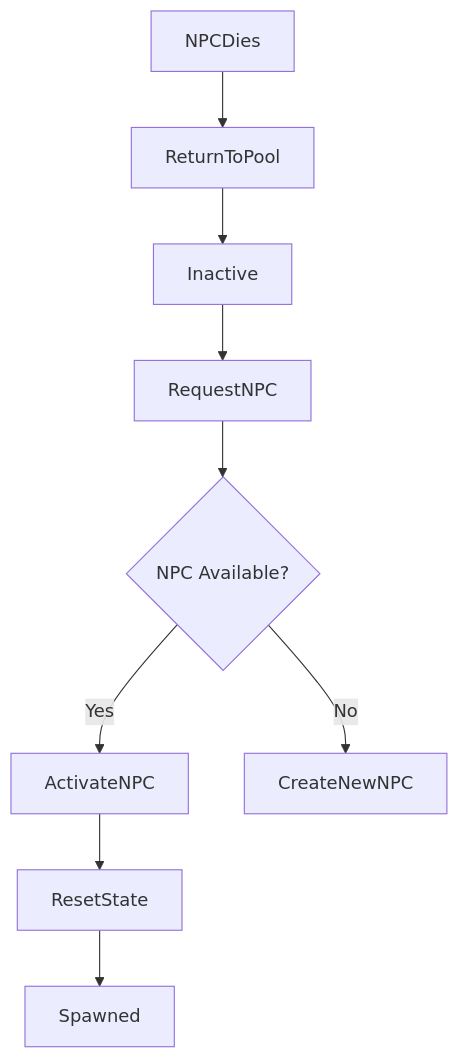
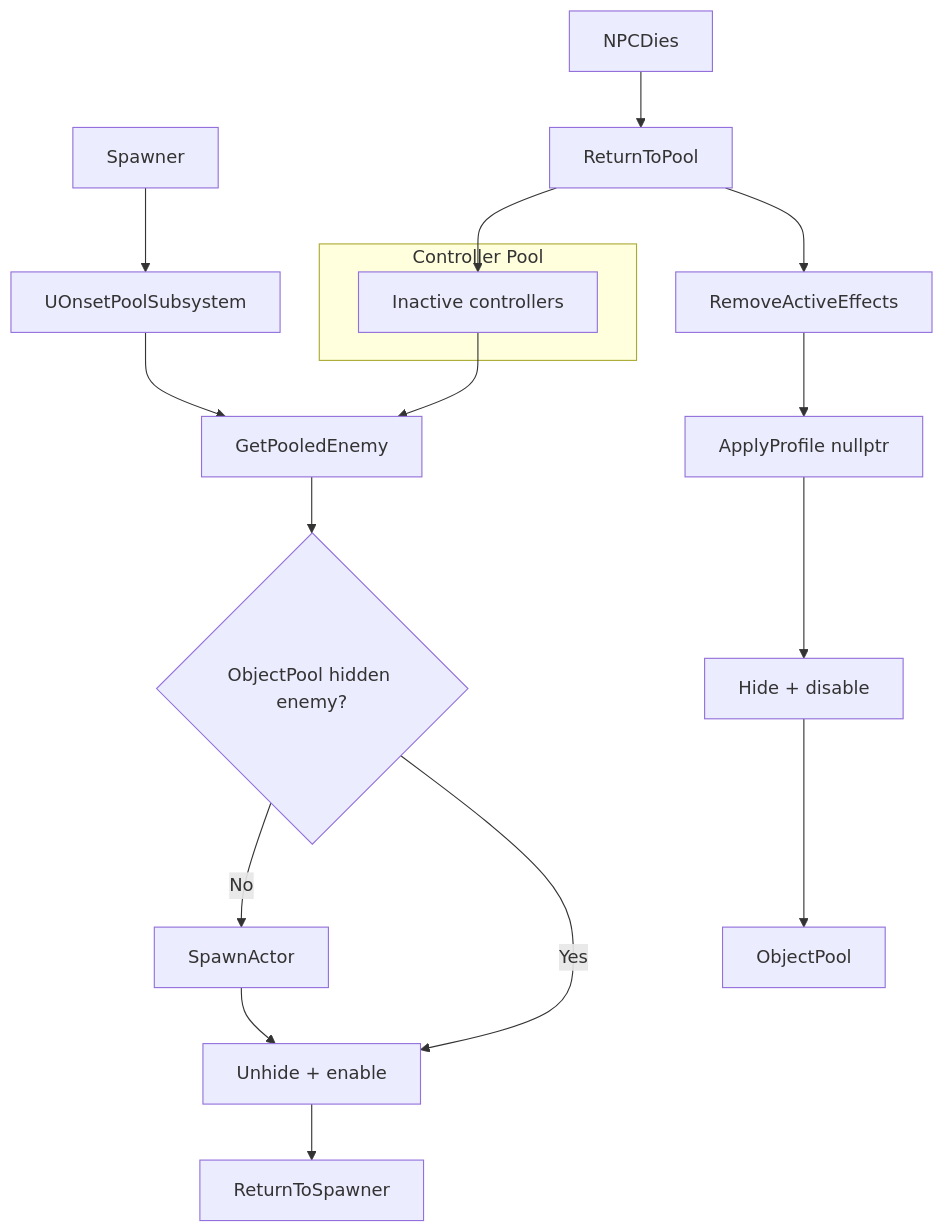
One commit to maximoh-mmo/PortfolioTutorial changed the diagram in Docs/AI/Pooling_System.md. Above: the diagram before and after it, drawn with Mermaid. The commit also changed other lines of this file and 7 other files, not shown here.

````diff
--- a/Docs/AI/Pooling_System.md
+++ b/Docs/AI/Pooling_System.md
@@ -30,13 +39,23 @@
 ```mermaid
 flowchart TD
-    RequestNPC --> PoolCheck{NPC Available?}
-    PoolCheck -->|Yes| ActivateNPC
-    PoolCheck -->|No| CreateNewNPC
+    Spawner[Spawner] --> Subsystem[UOnsetPoolSubsystem]
+    Subsystem --> GetEnemy[GetPooledEnemy]
+    GetEnemy --> PoolCheck{ObjectPool hidden enemy?}
+    PoolCheck -->|Yes| Activate[Unhide + enable]
+    PoolCheck -->|No| SpawnNew[SpawnActor]
+    SpawnNew --> Activate
+    Activate --> ReturnToSpawner
 
-    ActivateNPC --> ResetState
-    ResetState --> Spawned
+    NPCDies --> ReturnPool[ReturnToPool]
+    ReturnPool --> GE[RemoveActiveEffects]
+    GE --> Visual[ApplyProfile nullptr]
+    Visual --> Hide[Hide + disable]
+    Hide --> ObjectPool
 
-    NPCDies --> ReturnToPool
-    ReturnToPool --> Inactive
-    Inactive --> RequestNPC
+    subgraph Controller[Controller Pool]
+        CtrlPool[Inactive controllers]
+    end
+
+    ReturnPool --> CtrlPool
+    CtrlPool --> GetEnemy
 ```
````
